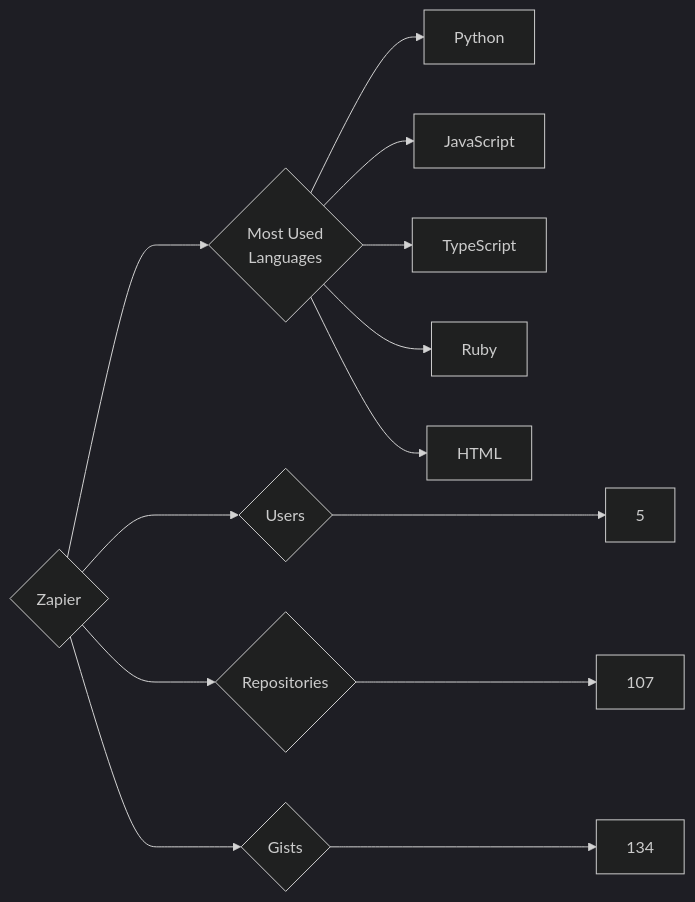
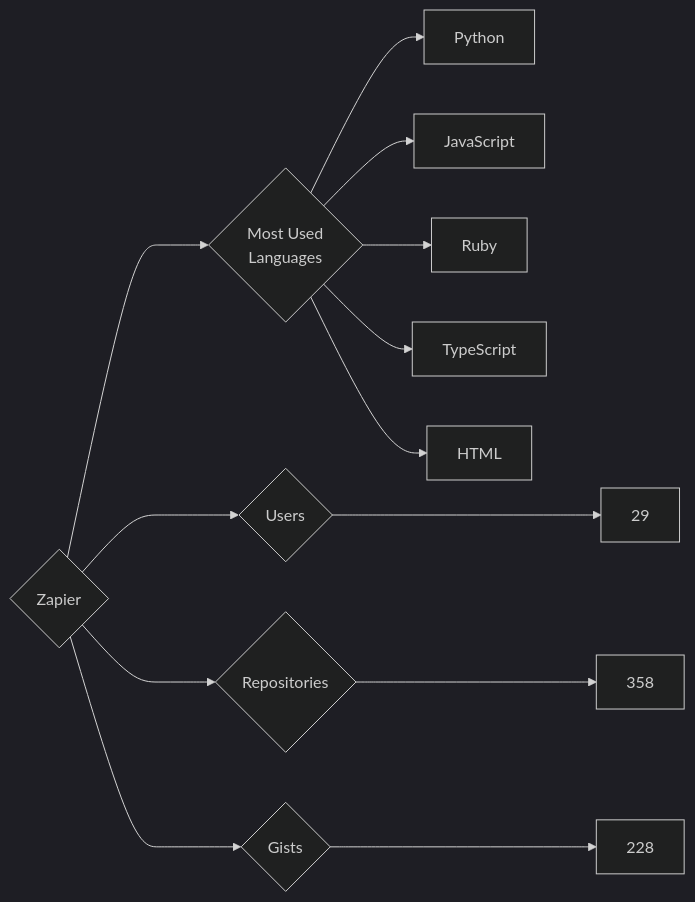
The diagram in targets/Zapier/README.md (trickest/insiders), drawn with Mermaid (dark theme) before and after one commit. The commit also changed 912 other files, not shown here.

````diff
--- a/targets/Zapier/README.md
+++ b/targets/Zapier/README.md
@@ -3,13 +3,13 @@
 ```mermaid
 graph LR
 COMPANY_NAME{Zapier}
-COMPANY_NAME ---> U{Users} ---> UN[5]
-COMPANY_NAME ---> R{Repositories} ---> RN[107]
-COMPANY_NAME ---> G{Gists} ---> GN[134]
+COMPANY_NAME ---> U{Users} ---> UN[29]
+COMPANY_NAME ---> R{Repositories} ---> RN[358]
+COMPANY_NAME ---> G{Gists} ---> GN[228]
 COMPANY_NAME ---> ML{Most Used<br>Languages}
 ML --> Python[Python]
 ML --> JavaScript[JavaScript]
+ML --> Ruby[Ruby]
 ML --> TypeScript[TypeScript]
-ML --> Ruby[Ruby]
 ML --> HTML[HTML]
 ```
````
